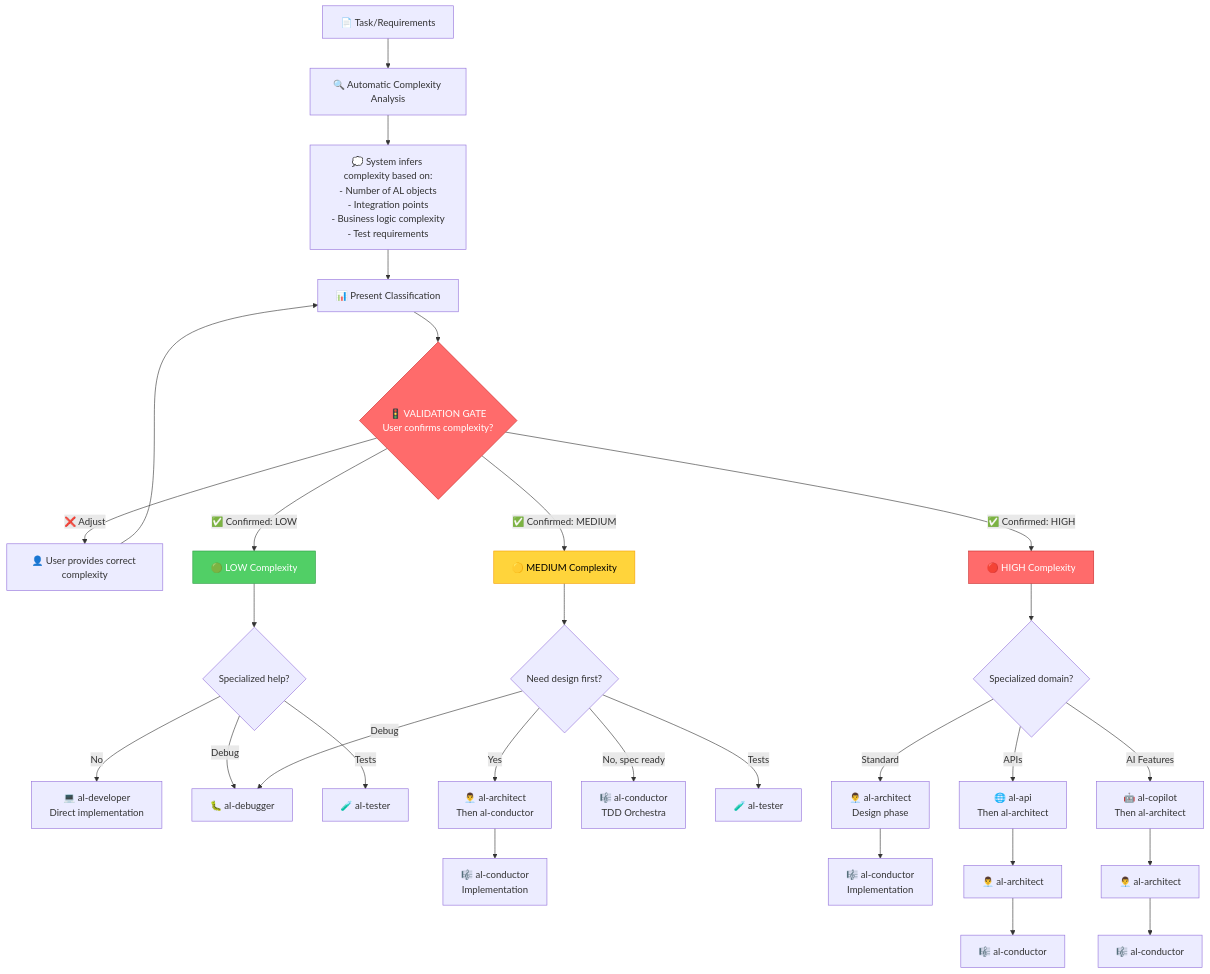
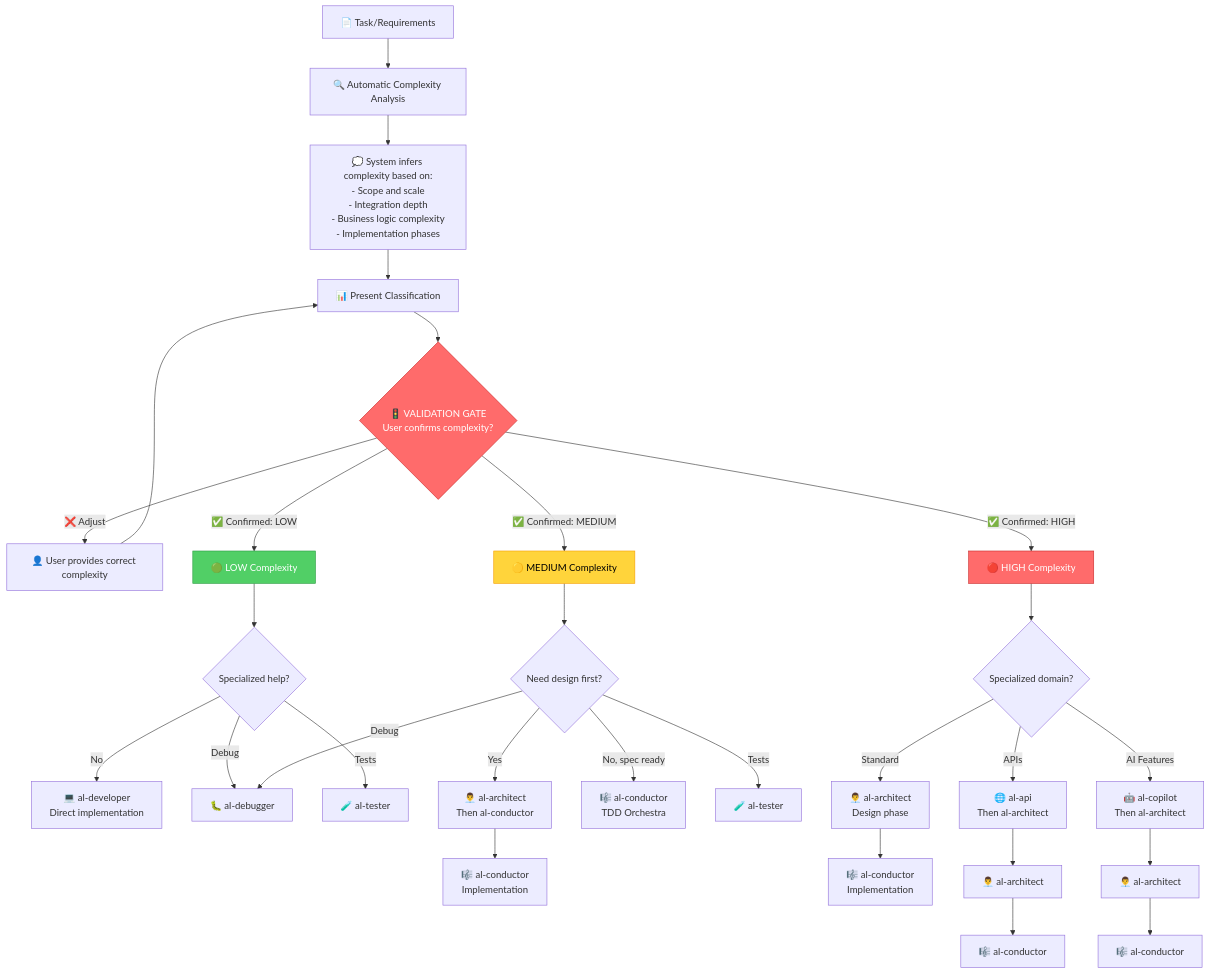
One commit to javiarmesto/AL-Development-Collection-for-GitHub-Copilot changed the diagram in agents/index.md. Above: the diagram before and after it, drawn with Mermaid. The commit also changed other lines of this file and 2 other files, not shown here.

First line of the commit message:
refactor: Focus diagrams on complexity levels instead of object counts

````diff
--- a/agents/index.md
+++ b/agents/index.md
@@ -100,44 +100,44 @@
 ```mermaid
 graph TD
     Start[📄 Task/Requirements] --> Analyze[🔍 Automatic Complexity Analysis]
     
-    Analyze --> Infer[💭 System infers complexity based on:<br/>- Number of AL objects<br/>- Integration points<br/>- Business logic complexity<br/>- Test requirements]
+    Analyze --> Infer[💭 System infers complexity based on:<br/>- Scope and scale<br/>- Integration depth<br/>- Business logic complexity<br/>- Implementation phases]
     
     Infer --> Present[📊 Present Classification]
     Present --> Gate{🚦 VALIDATION GATE<br/>User confirms complexity?}
     
     Gate -->|❌ Adjust| UserInput[👤 User provides correct complexity]
     UserInput --> Present
     
     Gate -->|✅ Confirmed: LOW| Low[🟢 LOW Complexity]
     Gate -->|✅ Confirmed: MEDIUM| Med[🟡 MEDIUM Complexity]
     Gate -->|✅ Confirmed: HIGH| High[🔴 HIGH Complexity]
     
     Low --> LowRoute{Specialized help?}
     LowRoute -->|No| DevDirect[💻 al-developer<br/>Direct implementation]
     LowRoute -->|Debug| Debug[🐛 al-debugger]
     LowRoute -->|Tests| Test1[🧪 al-tester]
     
     Med --> MedRoute{Need design first?}
     MedRoute -->|Yes| Arch1[👨‍💼 al-architect<br/>Then al-conductor]
     MedRoute -->|No, spec ready| Conductor1[🎼 al-conductor<br/>TDD Orchestra]
     MedRoute -->|Debug| Debug
     MedRoute -->|Tests| Test2[🧪 al-tester]
     
     High --> HighRoute{Specialized domain?}
     HighRoute -->|Standard| Arch2[👨‍💼 al-architect<br/>Design phase]
     HighRoute -->|APIs| API[🌐 al-api<br/>Then al-architect]
     HighRoute -->|AI Features| Copilot[🤖 al-copilot<br/>Then al-architect]
     
     Arch1 --> Conductor2[🎼 al-conductor<br/>Implementation]
     Arch2 --> Conductor3[🎼 al-conductor<br/>Implementation]
     API --> Arch3[👨‍💼 al-architect]
     Copilot --> Arch4[👨‍💼 al-architect]
     Arch3 --> Conductor4[🎼 al-conductor]
     Arch4 --> Conductor5[🎼 al-conductor]
     
     style Gate fill:#FF6B6B,stroke:#C92A2A,color:#fff
     style Low fill:#51CF66,stroke:#2F9E44,color:#fff
     style Med fill:#FFD43B,stroke:#F59F00,color:#000
     style High fill:#FF6B6B,stroke:#C92A2A,color:#fff
 ```
````
